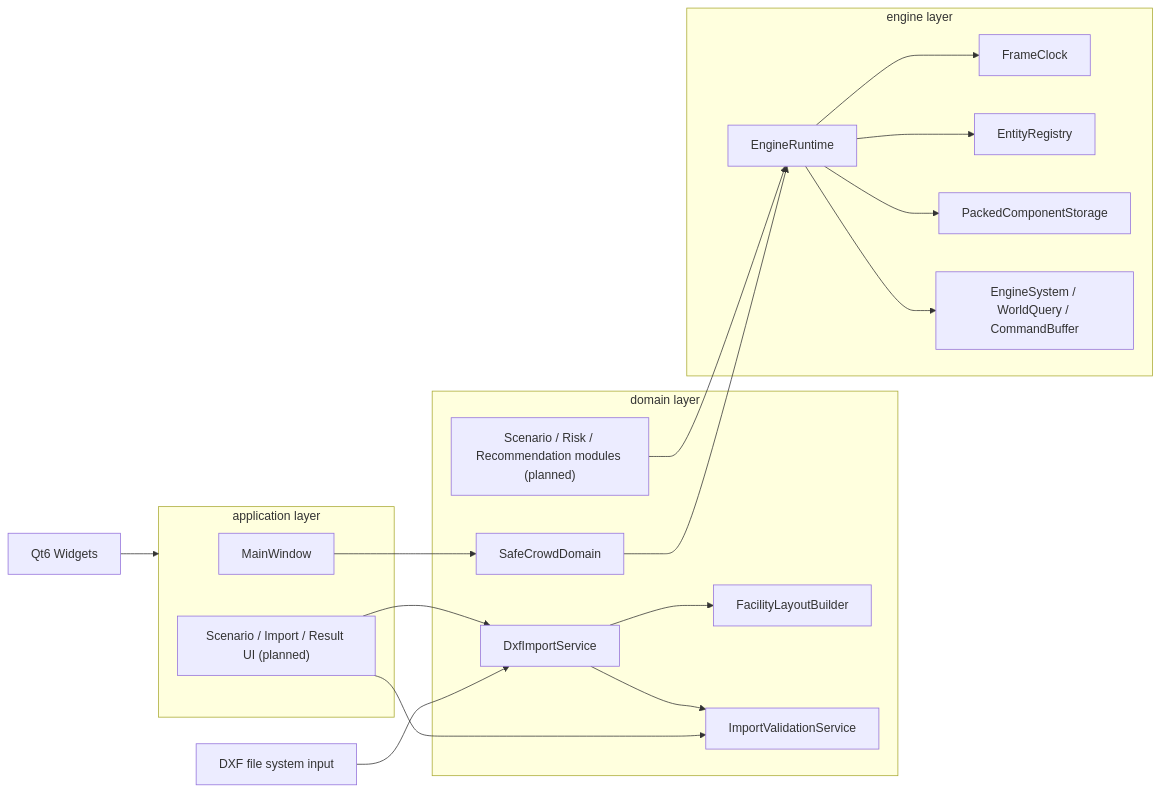
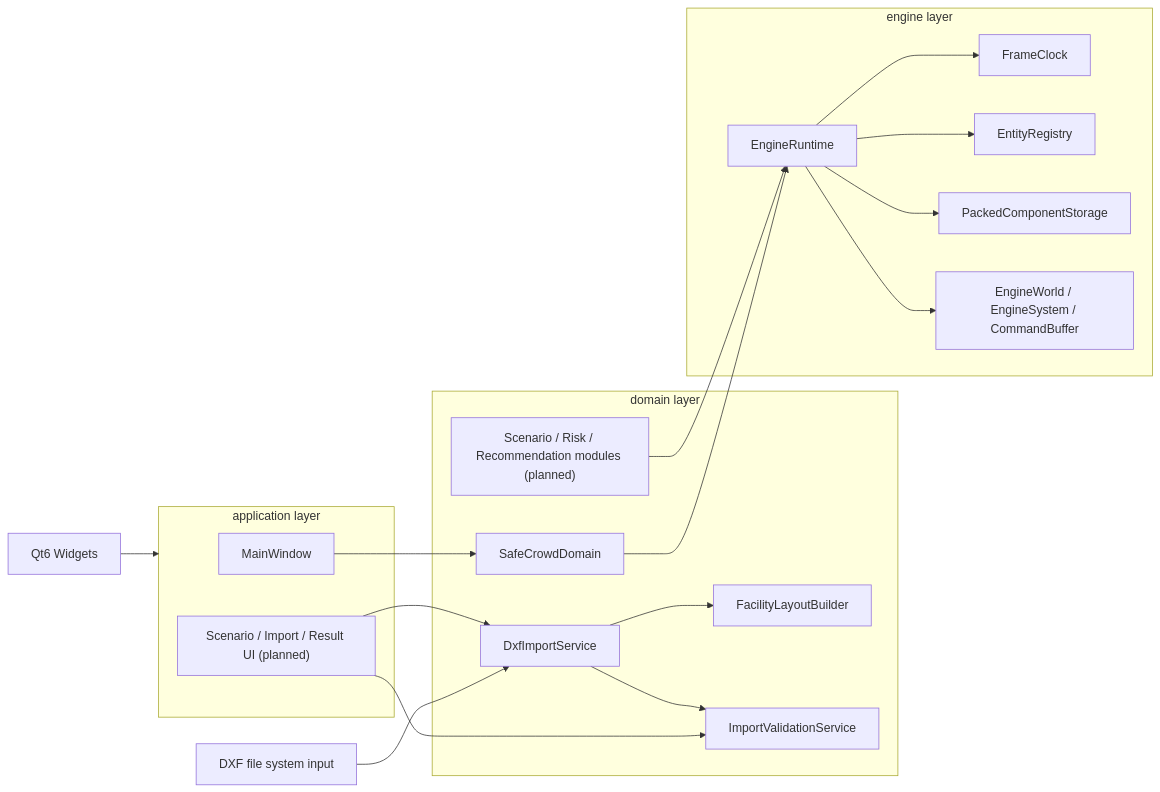
The second of 5 diagrams in docs/제출용/종합설계/[양식 5] 시스템 구조 설계 및 개발 환경.md (learncold/cpp-ecs-engine), drawn with Mermaid before and after one commit. The commit also changed other lines of this file and 14 other files, not shown here.

Commit message:
tighten EngineWorld query boundary

````diff
--- a/docs/제출용/종합설계/[양식 5] 시스템 구조 설계 및 개발 환경.md
+++ b/docs/제출용/종합설계/[양식 5] 시스템 구조 설계 및 개발 환경.md
@@ -88,38 +88,38 @@
 ```mermaid
 flowchart LR
     subgraph Application["application layer"]
         MW["MainWindow"]
         UI["Scenario / Import / Result UI (planned)"]
     end
 
     subgraph Domain["domain layer"]
         SD["SafeCrowdDomain"]
         DXF["DxfImportService"]
         FLB["FacilityLayoutBuilder"]
         IVS["ImportValidationService"]
         DM["Scenario / Risk / Recommendation modules (planned)"]
     end
 
     subgraph Engine["engine layer"]
         RT["EngineRuntime"]
         FC["FrameClock"]
         ER["EntityRegistry"]
         PCS["PackedComponentStorage"]
-        SYS["EngineSystem / WorldQuery / CommandBuffer"]
+        SYS["EngineWorld / EngineSystem / CommandBuffer"]
     end
 
     QT["Qt6 Widgets"] --> Application
     FILESYS["DXF file system input"] --> DXF
 
     MW --> SD
     UI --> DXF
     UI --> IVS
     SD --> RT
     DXF --> FLB
     DXF --> IVS
     DM --> RT
     RT --> FC
     RT --> ER
     RT --> PCS
     RT --> SYS
 ```
````
